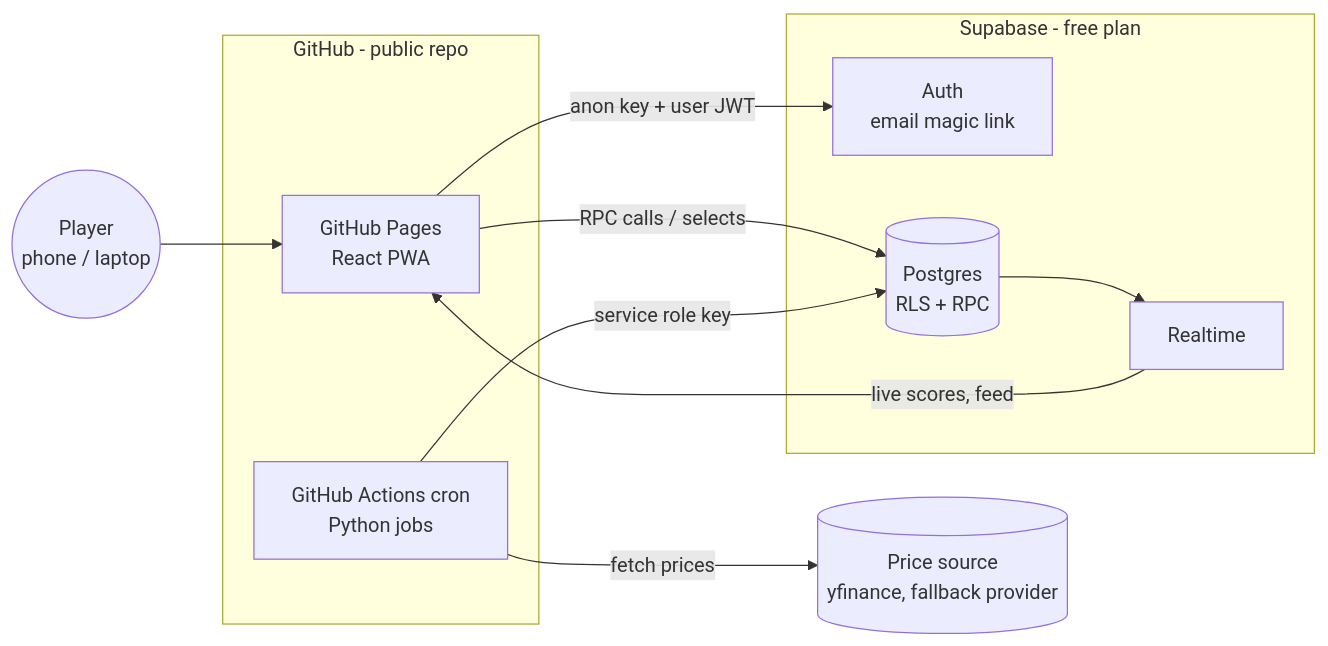
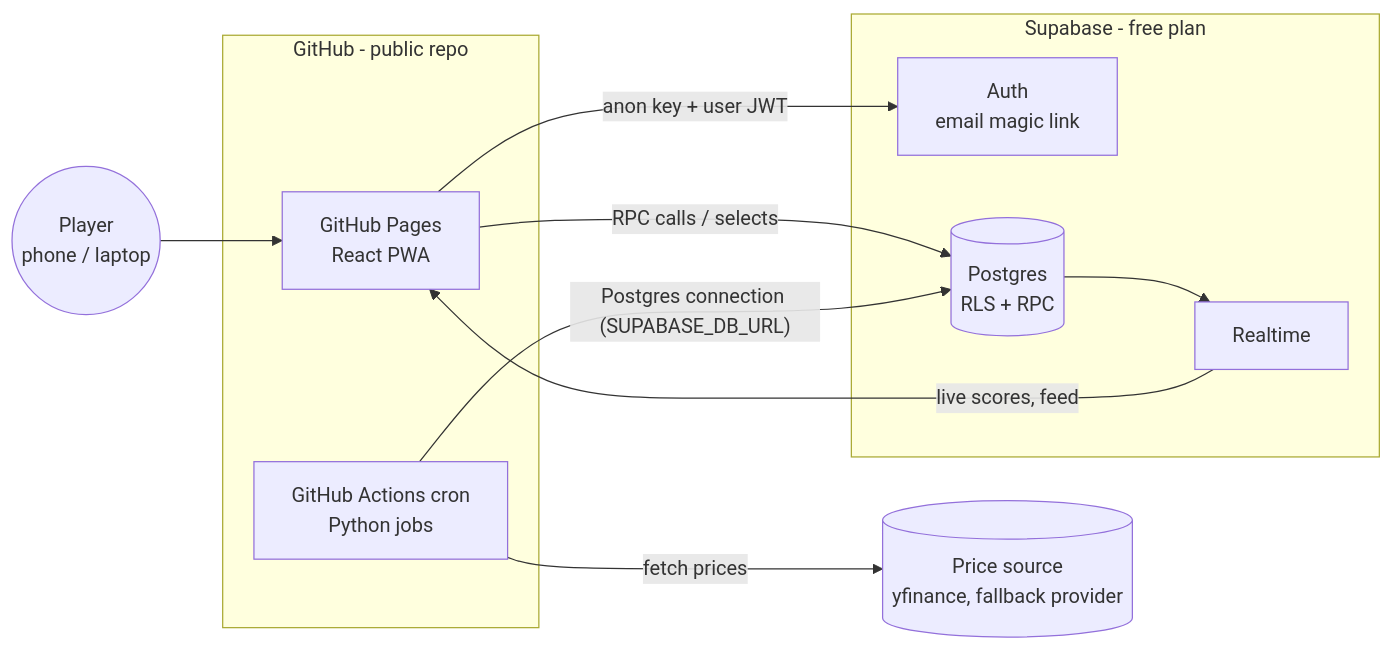
One commit to kponseel/WARSTREET changed the first of 2 diagrams in docs/ARCHITECTURE.md. Above: the diagram before and after it, drawn with Mermaid. The commit also changed other lines of this file and 18 other files, not shown here.

````diff
--- a/docs/ARCHITECTURE.md
+++ b/docs/ARCHITECTURE.md
@@ -12,20 +12,20 @@
 ```mermaid
 flowchart LR
   subgraph GH[GitHub - public repo]
     Pages[GitHub Pages<br/>React PWA]
     Cron[GitHub Actions cron<br/>Python jobs]
   end
   subgraph SB[Supabase - free plan]
     Auth[Auth<br/>email magic link]
     DB[(Postgres<br/>RLS + RPC)]
     RT[Realtime]
   end
   Market[(Price source<br/>yfinance, fallback provider)]
   Player((Player<br/>phone / laptop)) --> Pages
   Pages -- anon key + user JWT --> Auth
   Pages -- RPC calls / selects --> DB
   RT -- live scores, feed --> Pages
   Cron -- fetch prices --> Market
-  Cron -- service role key --> DB
+  Cron -- Postgres connection (SUPABASE_DB_URL) --> DB
   DB --> RT
 ```
````
